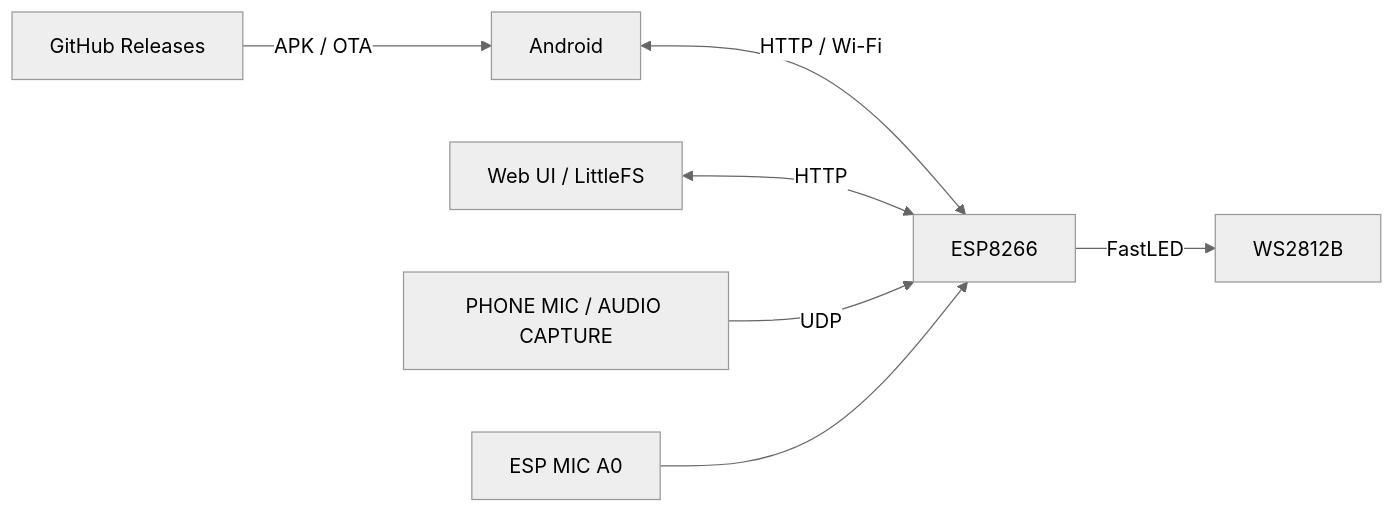
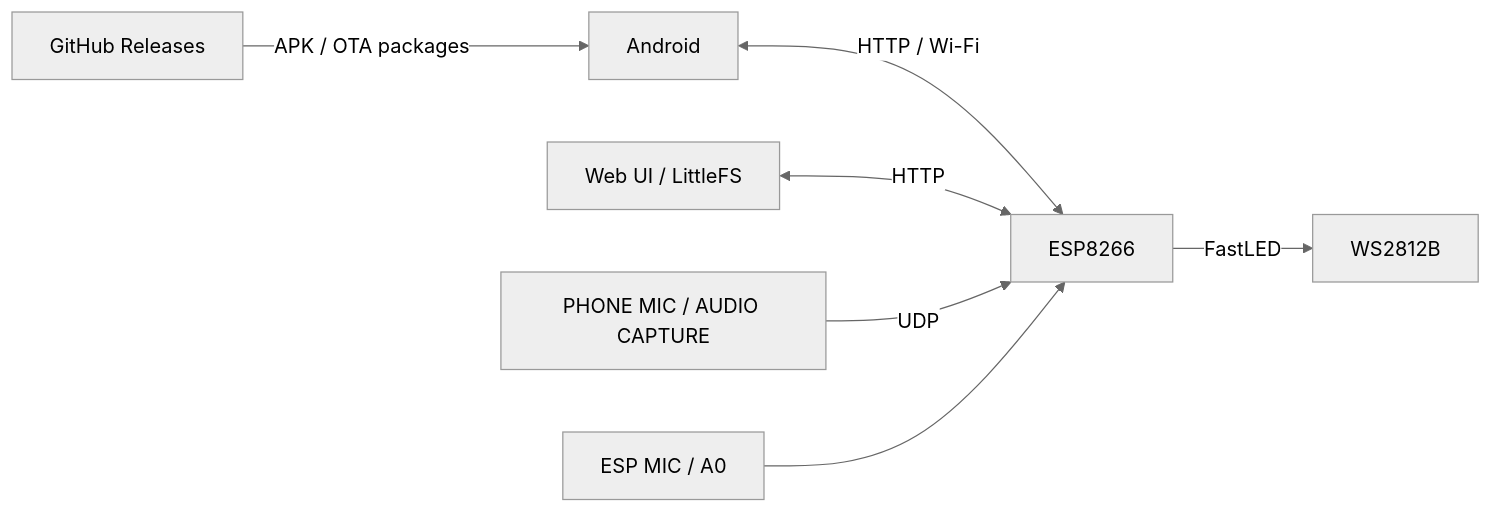
One commit to Gostin0/Led-Lamp changed the diagram in README.md. Above: the diagram before and after it, drawn with Mermaid (neutral theme). The commit also changed other lines of this file, not shown here.

Commit message:
docs: refresh README for Android 1.4.6 and ESP 7.5.18

````diff
--- a/README.md
+++ b/README.md
@@ -110,9 +90,9 @@
 ```mermaid
 flowchart LR
     A[Android] <-->|HTTP / Wi-Fi| E[ESP8266]
     W[Web UI / LittleFS] <-->|HTTP| E
     P[PHONE MIC / AUDIO CAPTURE] -->|UDP| E
-    M[ESP MIC A0] --> E
+    M[ESP MIC / A0] --> E
     E -->|FastLED| L[WS2812B]
-    G[GitHub Releases] -->|APK / OTA| A
+    G[GitHub Releases] -->|APK / OTA packages| A
 ```
````
